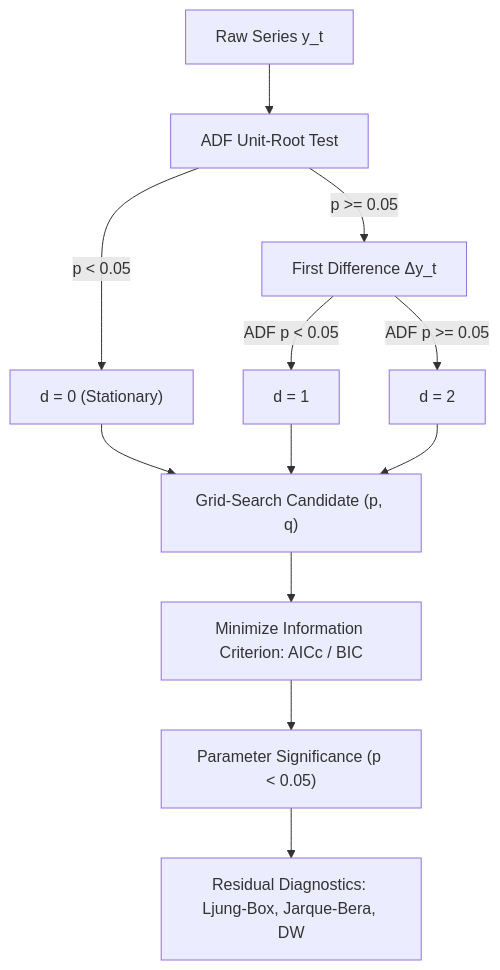
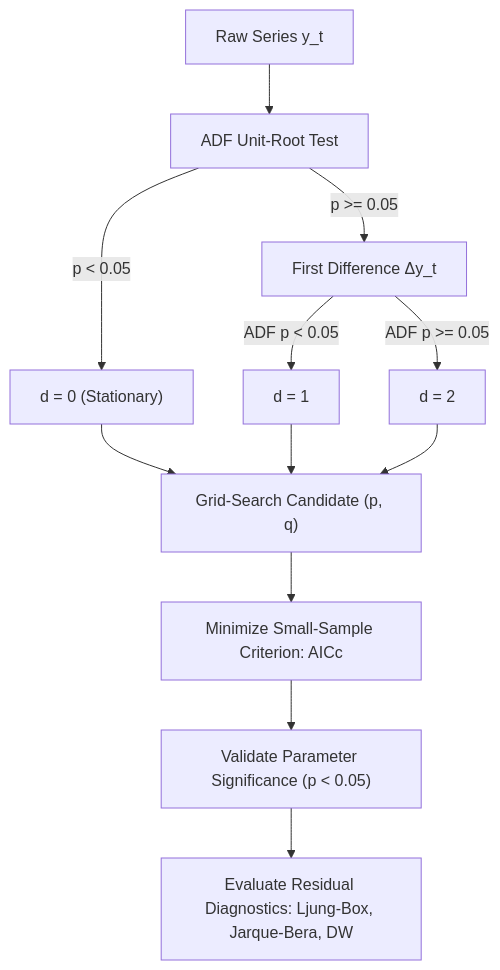
The second of 2 diagrams in README.md (BahmanOrujov/sutte-ARIMA), drawn with Mermaid before and after one commit. The commit also changed other lines of this file and 1 other file, not shown here.

````diff
--- a/README.md
+++ b/README.md
@@ -90,12 +145,12 @@
 ```mermaid
 flowchart TD
     A["Raw Series y_t"] --> B["ADF Unit-Root Test"]
-    B -->|p < 0.05| C["d = 0 (Stationary)"]
-    B -->|p >= 0.05| D["First Difference Δy_t"]
-    D -->|ADF p < 0.05| E["d = 1"]
-    D -->|ADF p >= 0.05| F["d = 2"]
+    B -->|"p < 0.05"| C["d = 0 (Stationary)"]
+    B -->|"p >= 0.05"| D["First Difference Δy_t"]
+    D -->|"ADF p < 0.05"| E["d = 1"]
+    D -->|"ADF p >= 0.05"| F["d = 2"]
     C & E & F --> G["Grid-Search Candidate (p, q)"]
-    G --> H["Minimize Information Criterion: AICc / BIC"]
-    H --> I["Parameter Significance (p < 0.05)"]
-    I --> J["Residual Diagnostics: Ljung-Box, Jarque-Bera, DW"]
+    G --> H["Minimize Small-Sample Criterion: AICc"]
+    H --> I["Validate Parameter Significance (p < 0.05)"]
+    I --> J["Evaluate Residual Diagnostics: Ljung-Box, Jarque-Bera, DW"]
 ```
````
